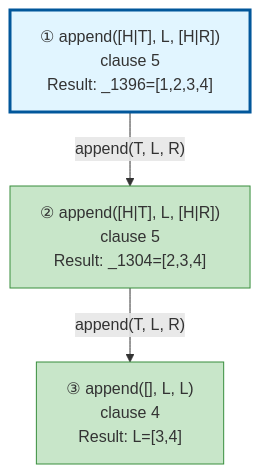
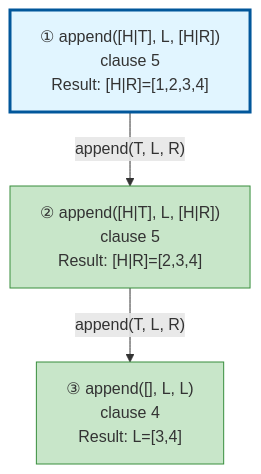
One commit to jarecsni/prolog-trace-viz changed the diagram in examples/append-output.md. Above: the diagram before and after it, drawn with Mermaid. The commit also changed other lines of this file and 9 other files, not shown here.

````diff
--- a/examples/append-output.md
+++ b/examples/append-output.md
@@ -52,17 +51,17 @@
 ```mermaid
 graph TD
 
 %% Nodes
-A["① append([H|T], L, [H|R])<br/>clause 5<br/>Result: _1396=[1,2,3,4]"]
-B["② append([H|T], L, [H|R])<br/>clause 5<br/>Result: _1304=[2,3,4]"]
+A["① append([H|T], L, [H|R])<br/>clause 5<br/>Result: [H|R]=[1,2,3,4]"]
+B["② append([H|T], L, [H|R])<br/>clause 5<br/>Result: [H|R]=[2,3,4]"]
 C["③ append([], L, L)<br/>clause 4<br/>Result: L=[3,4]"]
 
 %% Edges
 A -->|"append(T, L, R)"| B
 B -->|"append(T, L, R)"| C
 
 %% Styles
 style A fill:#e1f5ff,stroke:#01579b,stroke-width:3px
 style B fill:#c8e6c9,stroke:#388e3c
 style C fill:#c8e6c9,stroke:#388e3c
 ```
````
